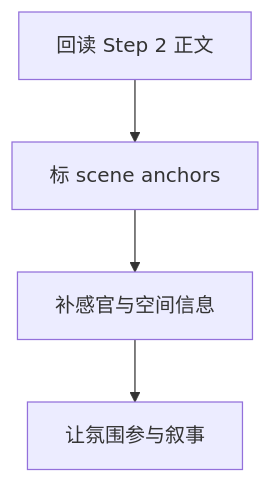
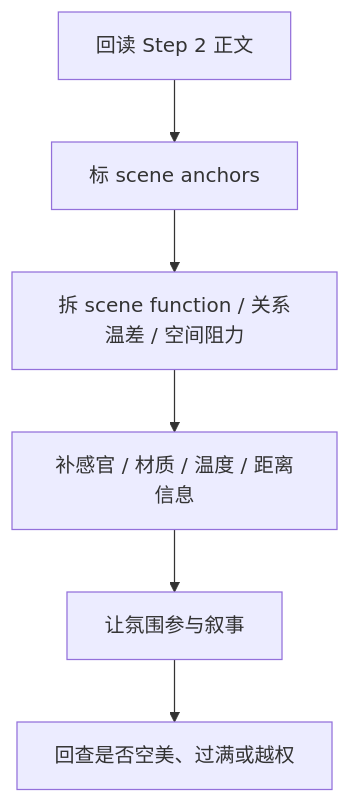
The first of 2 diagrams in .agents/skills/story/3-Drafting/3-场景和氛围渲染/SKILL.md (ZEN-VOID/AI-CUT), drawn with Mermaid before and after one commit. The commit also changed other lines of this file and 184 other files, not shown here.

````diff
--- a/.agents/skills/story/3-Drafting/3-场景和氛围渲染/SKILL.md
+++ b/.agents/skills/story/3-Drafting/3-场景和氛围渲染/SKILL.md
@@ -81,6 +100,8 @@
 ```mermaid
 flowchart TD
     A["回读 Step 2 正文"] --> B["标 scene anchors"]
-    B --> C["补感官与空间信息"]
-    C --> D["让氛围参与叙事"]
+    B --> C["拆 scene function / 关系温差 / 空间阻力"]
+    C --> D["补感官 / 材质 / 温度 / 距离信息"]
+    D --> E["让氛围参与叙事"]
+    E --> F["回查是否空美、过满或越权"]
 ```
````
